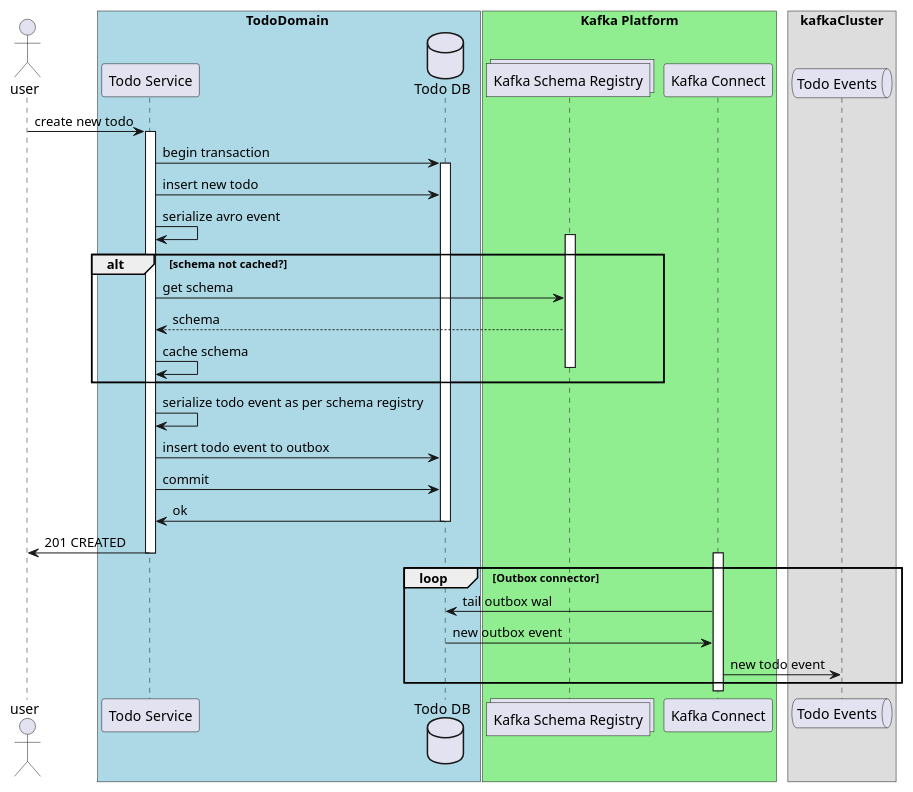
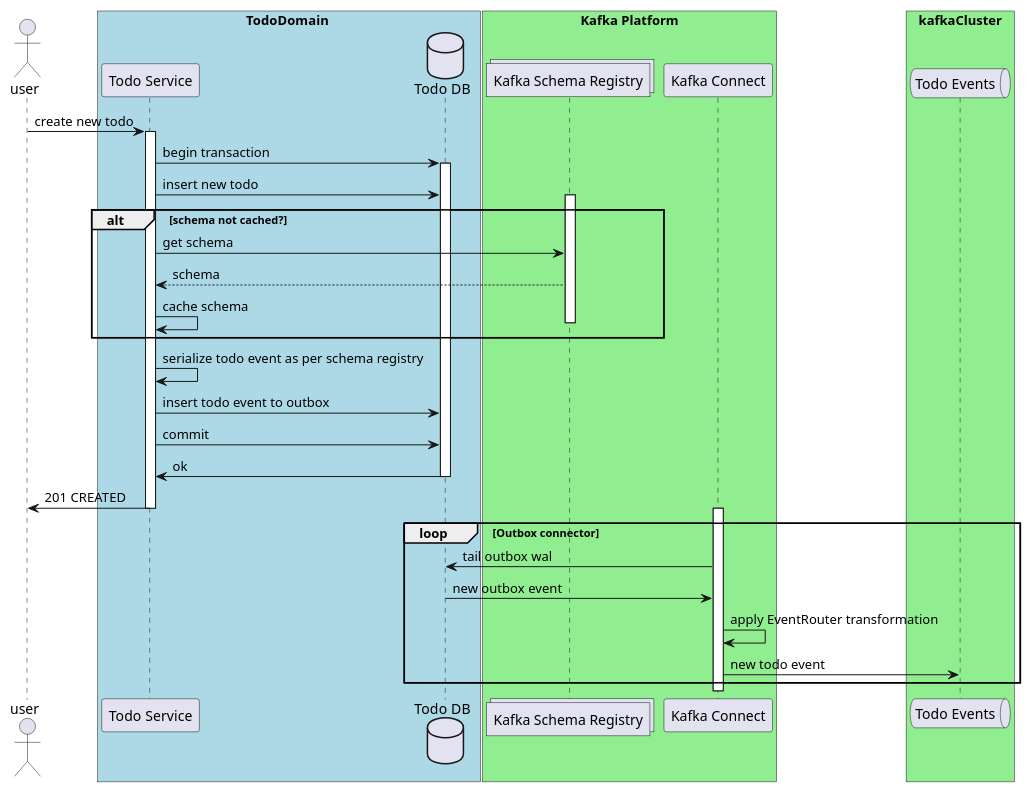
The diagram in diagram_sources/outbox_sequence.wsd (petebids/petebids.github.io), drawn with PlantUML before and after one commit. The commit also changed 1 other file, not shown here.

```diff
--- a/diagram_sources/outbox_sequence.wsd
+++ b/diagram_sources/outbox_sequence.wsd
@@ -1,48 +1,48 @@
 @startuml
 
 Actor user
 
 box TodoDomain #LightBlue
 participant "Todo Service"  as todo
 database "Todo DB" as tdb
 end box
 
 box "Kafka Platform"#LightGreen
 collections "Kafka Schema Registry" as ksc
 participant "Kafka Connect" as kc
-box kafkaCluster
+box kafkaCluster#LightGreen
 queue "Todo Events" as te
 end box
 end box
 
 
 user -> todo : create new todo
 activate todo
 todo -> tdb : begin transaction
 activate tdb
 todo -> tdb : insert new todo
-todo -> todo : serialize avro event
 alt schema not cached?
     activate ksc
     todo -> ksc : get schema
     ksc --> todo : schema
     todo -> todo : cache schema
     deactivate ksc
 end
 todo -> todo : serialize todo event as per schema registry
 todo -> tdb : insert todo event to outbox
 todo -> tdb : commit
 tdb -> todo : ok
 deactivate tdb
 todo -> user : 201 CREATED
 deactivate todo
 
 activate kc
 loop Outbox connector
     kc -> tdb : tail outbox wal
     tdb -> kc : new outbox event
+    kc -> kc : apply EventRouter transformation
     kc -> te : new todo event
 
     end loop
 
     @enduml
```
